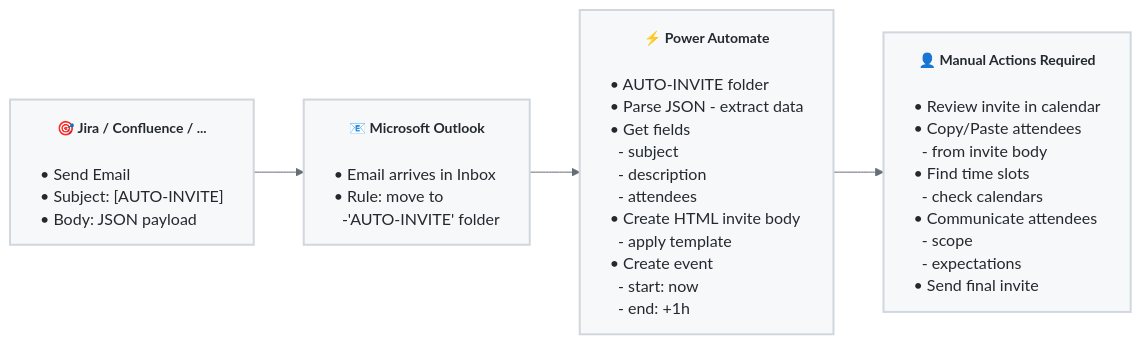
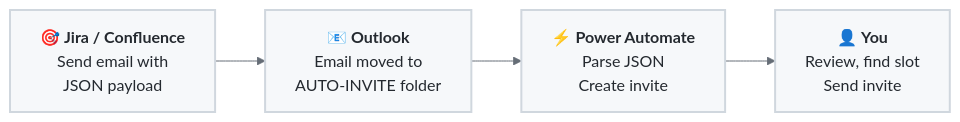
One commit to johantre/ms-outlook-invite changed the diagram in README.md. Above: the diagram before and after it, drawn with Mermaid. The commit also changed other lines of this file and 3 other files, not shown here.

````diff
--- a/README.md
+++ b/README.md
@@ -15,18 +15,15 @@
 ```mermaid
 %%{init: {'theme':'base', 'themeVariables': { 'primaryColor':'#f6f8fa','primaryTextColor':'#24292f','primaryBorderColor':'#d0d7de','lineColor':'#656d76','secondaryColor':'#f6f8fa','tertiaryColor':'#f6f8fa'}}}%%
 graph LR
-    JIRA["<b style='font-size:14px'>🎯 Jira / Confluence / ...</b><br/><br/><div style='text-align:left;line-height:1.4'>• Send Email<br/>• Subject: [AUTO-INVITE]<br/>• Body: JSON payload</div>"]
-    
-    OUTLOOK["<b style='font-size:14px'>📧 Microsoft Outlook</b><br/><br/><div style='text-align:left;line-height:1.4'>• Email arrives in Inbox<br/>• Rule: move to<br/>&nbsp;&nbsp;-'AUTO-INVITE' folder</div>"]
-    
-    PA["<b style='font-size:14px'>⚡ Power Automate</b><br/><br/><div style='text-align:left;line-height:1.4'>• AUTO-INVITE folder<br/>• Parse JSON - extract data<br/>• Get fields<br/>&nbsp;&nbsp;- subject<br/>&nbsp;&nbsp;- description<br/>&nbsp;&nbsp;- attendees<br/>• Create HTML invite body<br/>&nbsp;&nbsp;- apply template<br/>• Create event<br/>&nbsp;&nbsp;- start: now<br/>&nbsp;&nbsp;- end: +1h</div>"]
-    
-    MANUAL["<b style='font-size:14px'>👤 Manual Actions Required</b><br/><br/><div style='text-align:left;line-height:1.4'>• Review invite in calendar<br/>• Copy/Paste attendees<br/>&nbsp;&nbsp;- from invite body<br/>• Find time slots<br/>&nbsp;&nbsp;- check calendars<br/>• Communicate attendees<br/>&nbsp;&nbsp;- scope<br/>&nbsp;&nbsp;- expectations<br/>• Send final invite</div>"]
-    
+    JIRA["🎯 <b>Jira / Confluence</b><br/>Send email with<br/>JSON payload"]
+    OUTLOOK["📧 <b>Outlook</b><br/>Email moved to<br/>AUTO-INVITE folder"]
+    PA["⚡ <b>Power Automate</b><br/>Parse JSON<br/>Create invite"]
+    MANUAL["👤 <b>You</b><br/>Review, find slot<br/>Send invite"]
+
     JIRA --> OUTLOOK --> PA --> MANUAL
-    
+
     style JIRA fill:#f6f8fa,stroke:#d0d7de,stroke-width:2px,color:#24292f
     style OUTLOOK fill:#f6f8fa,stroke:#d0d7de,stroke-width:2px,color:#24292f
     style PA fill:#f6f8fa,stroke:#d0d7de,stroke-width:2px,color:#24292f
     style MANUAL fill:#f6f8fa,stroke:#d0d7de,stroke-width:2px,color:#24292f
 ```
````
